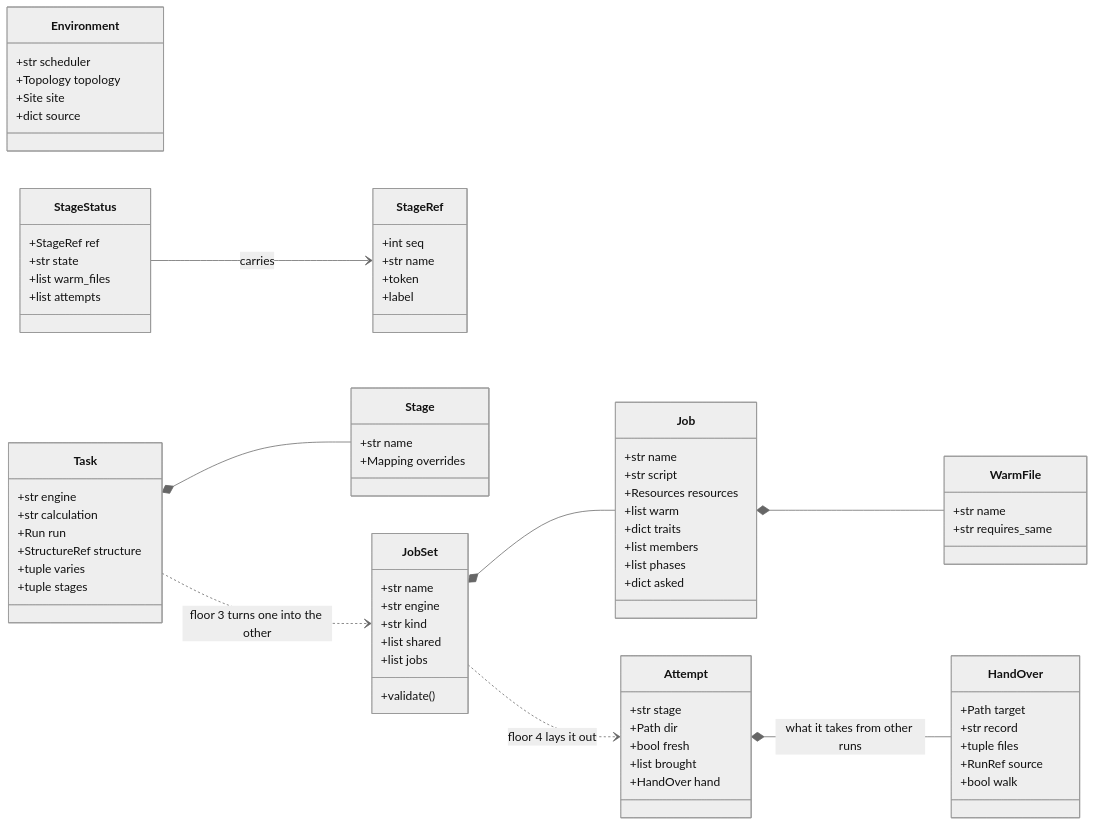
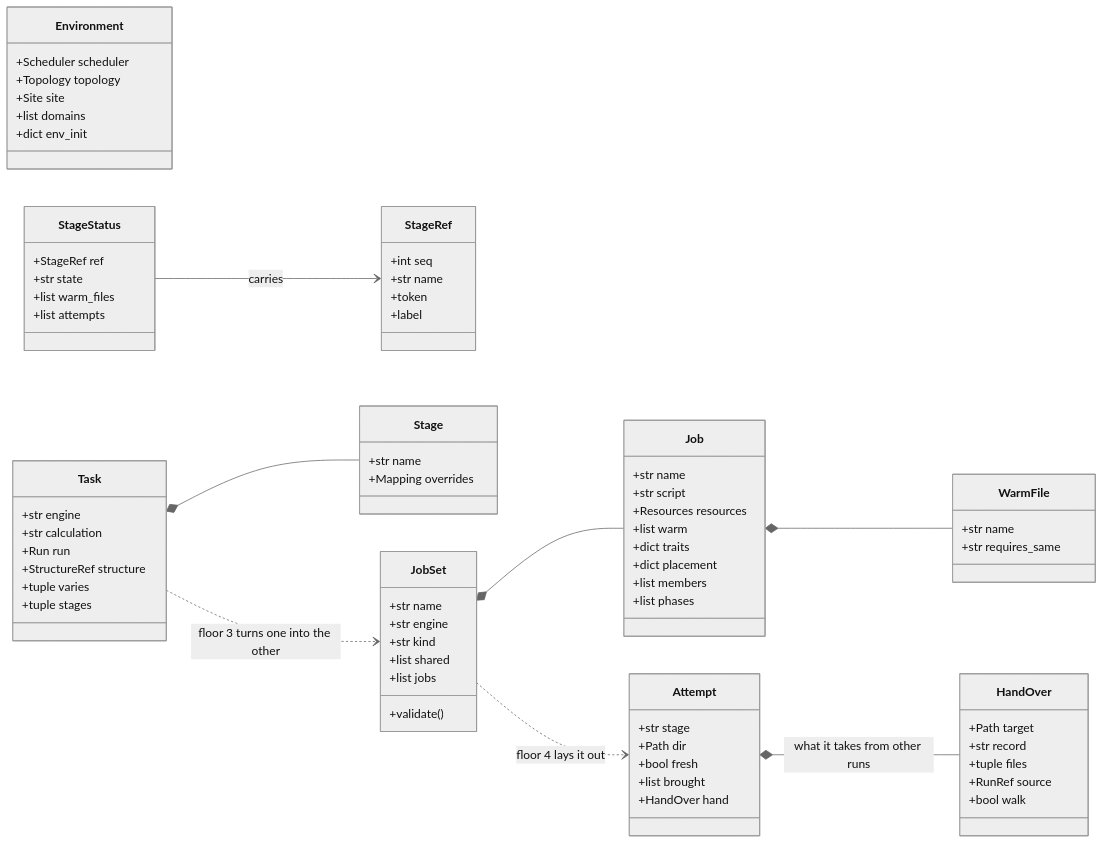
The third of 7 diagrams in docs/execution/architecture.md (Qing-LAB/molbuilder), drawn with Mermaid (neutral theme) before and after one commit. The commit also changed other lines of this file and 30 other files, not shown here.

````diff
--- a/docs/execution/architecture.md
+++ b/docs/execution/architecture.md
@@ -307,77 +296,78 @@
 ```mermaid
 classDiagram
     direction LR
     class StageRef {
       +int seq
       +str name
       +token
       +label
     }
     class Environment {
-      +str scheduler
+      +Scheduler scheduler
       +Topology topology
       +Site site
-      +dict source
+      +list domains
+      +dict env_init
     }
     class Task {
       +str engine
       +str calculation
       +Run run
       +StructureRef structure
       +tuple varies
       +tuple stages
     }
     class Stage {
       +str name
       +Mapping overrides
     }
     class JobSet {
       +str name
       +str engine
       +str kind
       +list shared
       +list jobs
       +validate()
     }
     class Job {
       +str name
       +str script
       +Resources resources
       +list warm
       +dict traits
+      +dict placement
       +list members
       +list phases
-      +dict asked
     }
     class WarmFile {
       +str name
       +str requires_same
     }
     class Attempt {
       +str stage
       +Path dir
       +bool fresh
       +list brought
       +HandOver hand
     }
     class HandOver {
       +Path target
       +str record
       +tuple files
       +RunRef source
       +bool walk
     }
     class StageStatus {
       +StageRef ref
       +str state
       +list warm_files
       +list attempts
     }
     Task *-- Stage
     JobSet *-- Job
     Job *-- WarmFile
     StageStatus --> StageRef : carries
     Task ..> JobSet : floor 3 turns one into the other
     JobSet ..> Attempt : floor 4 lays it out
     Attempt *-- HandOver : what it takes from other runs
 ```
````
